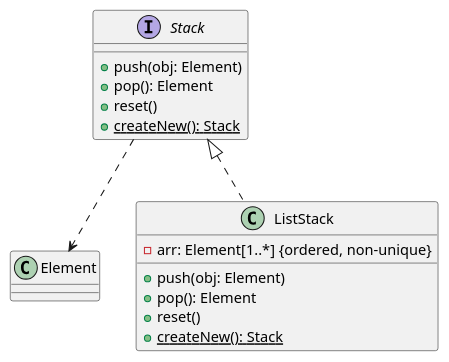
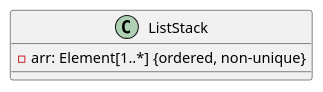
Before and after one commit to fanglores/Advanced-Software-Design: the diagram in Task_4/1/1d.puml, drawn with PlantUML. The commit also changed 3 other files, not shown here.

```diff
--- a/Task_4/1/1d.puml
+++ b/Task_4/1/1d.puml
@@ -1,24 +1,7 @@
 @startuml
 
-interface Stack {
-  + push(obj: Element)
-  + pop(): Element
-  + reset()
-  {static} + createNew(): Stack
-}
-
-class Element {
-}
-
 class ListStack {
-  + push(obj: Element)
-  + pop(): Element
-  + reset()
-  {static} + createNew(): Stack
   - arr: Element[1..*] {ordered, non-unique}
 }
 
-Stack <|.. ListStack
-Stack ..> Element
-
 @enduml
```
